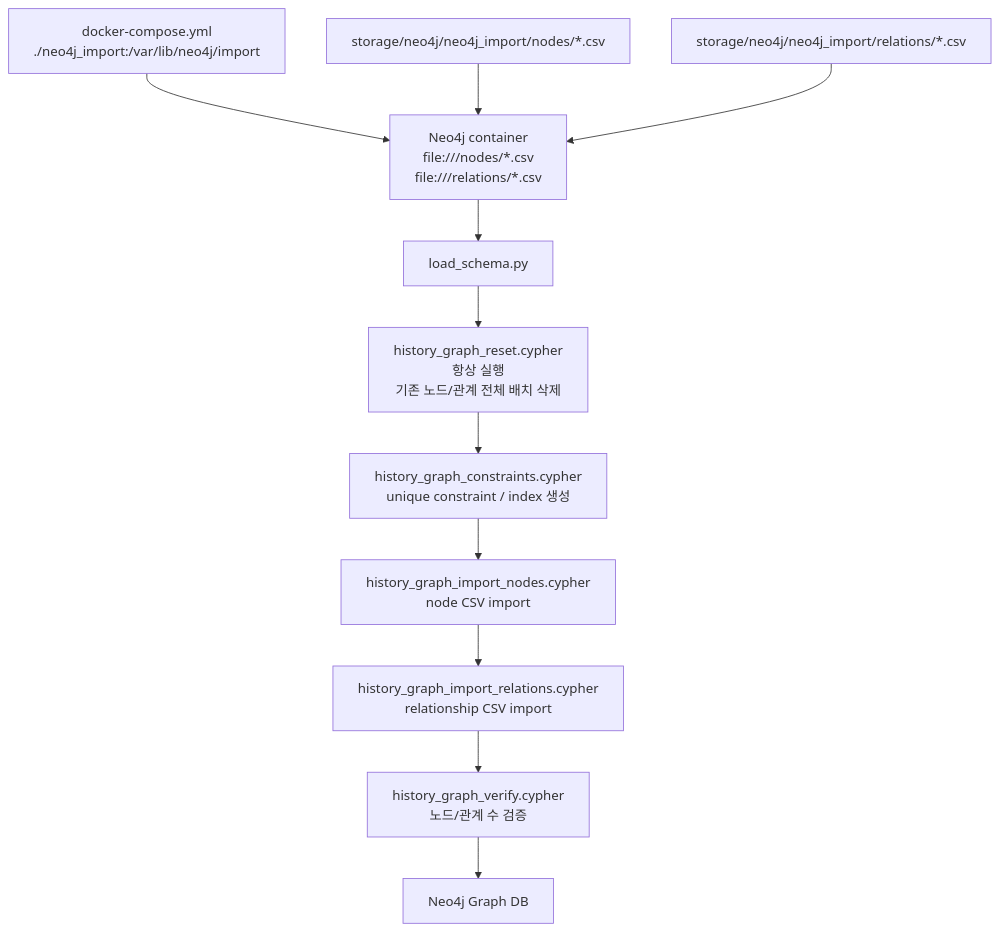
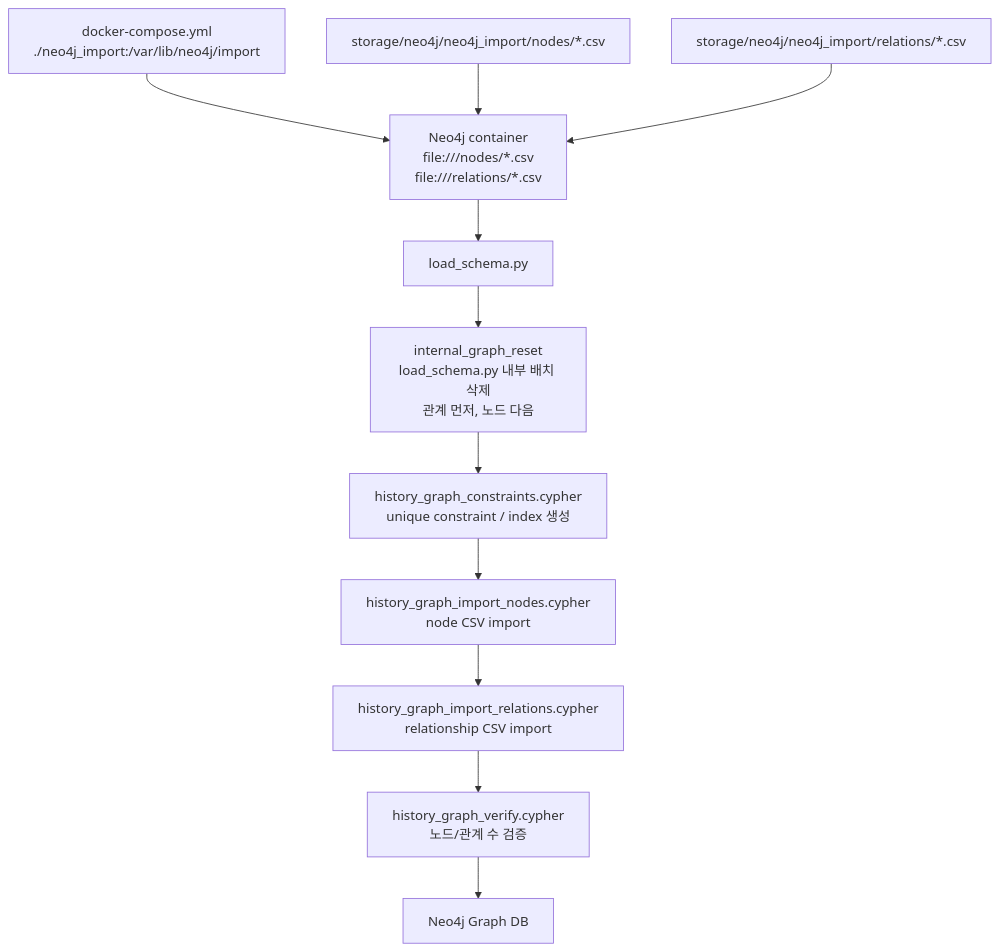
One commit to SKNETWORKS-FAMILY-AICAMP/SKN27-FINAL-2Team changed diagram 17 of 20 in docs/neo4j/neo4j_implementation_mermaid_flow.md. Above: the diagram before and after it, drawn with Mermaid. The commit also changed 7 other files, not shown here.

````diff
--- a/docs/neo4j/neo4j_implementation_mermaid_flow.md
+++ b/docs/neo4j/neo4j_implementation_mermaid_flow.md
@@ -729,30 +729,30 @@
 ```mermaid
 flowchart TB
     docker["docker-compose.yml<br/>./neo4j_import:/var/lib/neo4j/import"]
     import_nodes["storage/neo4j/neo4j_import/nodes/*.csv"]
     import_relations["storage/neo4j/neo4j_import/relations/*.csv"]
     container_import["Neo4j container<br/>file:///nodes/*.csv<br/>file:///relations/*.csv"]
 
     load_schema["load_schema.py"]
 
-    reset["history_graph_reset.cypher<br/>항상 실행<br/>기존 노드/관계 전체 배치 삭제"]
+    reset["internal_graph_reset<br/>load_schema.py 내부 배치 삭제<br/>관계 먼저, 노드 다음"]
     constraints["history_graph_constraints.cypher<br/>unique constraint / index 생성"]
     import_node_cypher["history_graph_import_nodes.cypher<br/>node CSV import"]
     import_relation_cypher["history_graph_import_relations.cypher<br/>relationship CSV import"]
     verify["history_graph_verify.cypher<br/>노드/관계 수 검증"]
 
     neo4j["Neo4j Graph DB"]
 
     docker --> container_import
     import_nodes --> container_import
     import_relations --> container_import
 
     container_import --> load_schema
 
     load_schema --> reset
     reset --> constraints
     constraints --> import_node_cypher
     import_node_cypher --> import_relation_cypher
     import_relation_cypher --> verify
     verify --> neo4j
 ```
````
